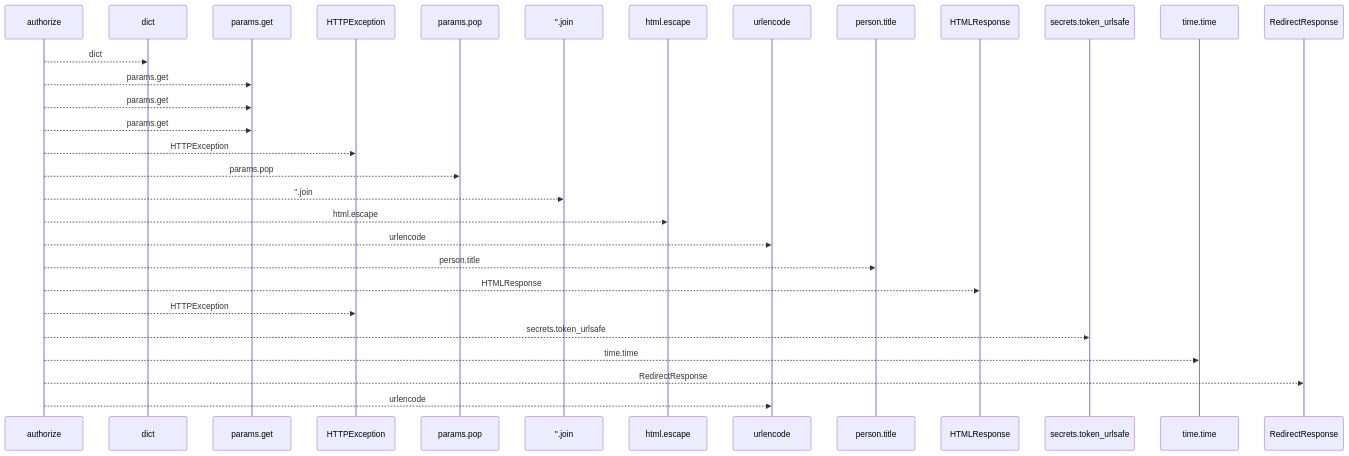
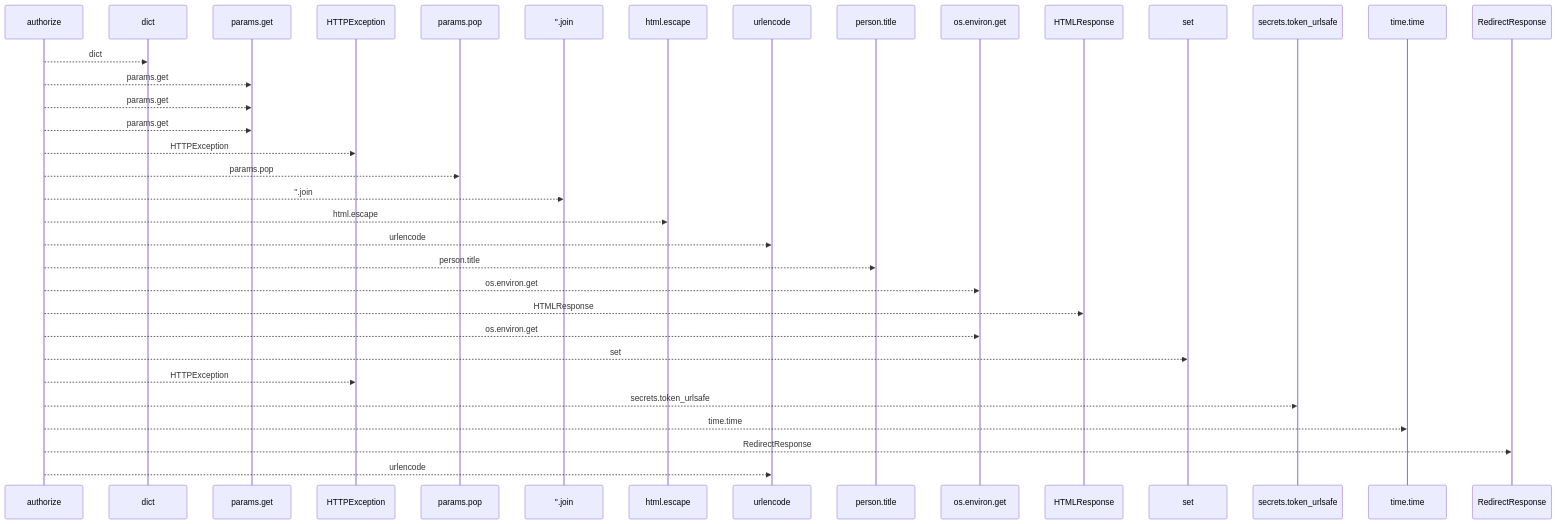
Before and after one commit to Denissvgn/WorkChord: the first of 2 diagrams in docs/llm_wiki/flows/http-authorize.md, drawn with Mermaid. The commit also changed other lines of this file and 10148 other files, not shown here.

````diff
--- a/docs/llm_wiki/flows/http-authorize.md
+++ b/docs/llm_wiki/flows/http-authorize.md
@@ -10,32 +10,37 @@
 ```mermaid
 sequenceDiagram
     participant p0 as authorize
     participant p1 as dict
     participant p2 as params.get
     participant p3 as HTTPException
     participant p4 as params.pop
     participant p5 as ''.join
     participant p6 as html.escape
     participant p7 as urlencode
     participant p8 as person.title
-    participant p9 as HTMLResponse
-    participant p10 as secrets.token_urlsafe
-    participant p11 as time.time
-    participant p12 as RedirectResponse
+    participant p9 as os.environ.get
+    participant p10 as HTMLResponse
+    participant p11 as set
+    participant p12 as secrets.token_urlsafe
+    participant p13 as time.time
+    participant p14 as RedirectResponse
     p0-->>p1: dict
     p0-->>p2: params.get
     p0-->>p2: params.get
     p0-->>p2: params.get
     p0-->>p3: HTTPException
     p0-->>p4: params.pop
     p0-->>p5: ''.join
     p0-->>p6: html.escape
     p0-->>p7: urlencode
     p0-->>p8: person.title
-    p0-->>p9: HTMLResponse
+    p0-->>p9: os.environ.get
+    p0-->>p10: HTMLResponse
+    p0-->>p9: os.environ.get
+    p0-->>p11: set
     p0-->>p3: HTTPException
-    p0-->>p10: secrets.token_urlsafe
-    p0-->>p11: time.time
-    p0-->>p12: RedirectResponse
+    p0-->>p12: secrets.token_urlsafe
+    p0-->>p13: time.time
+    p0-->>p14: RedirectResponse
     p0-->>p7: urlencode
 ```
````
